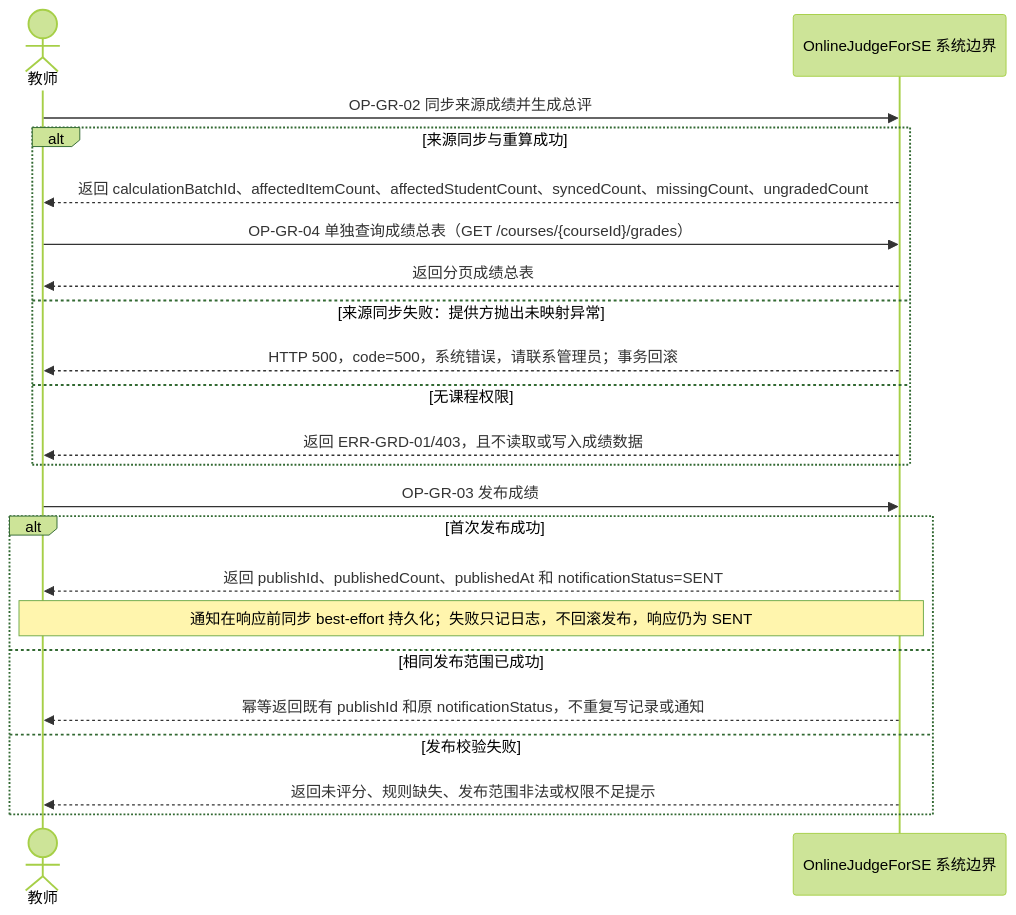
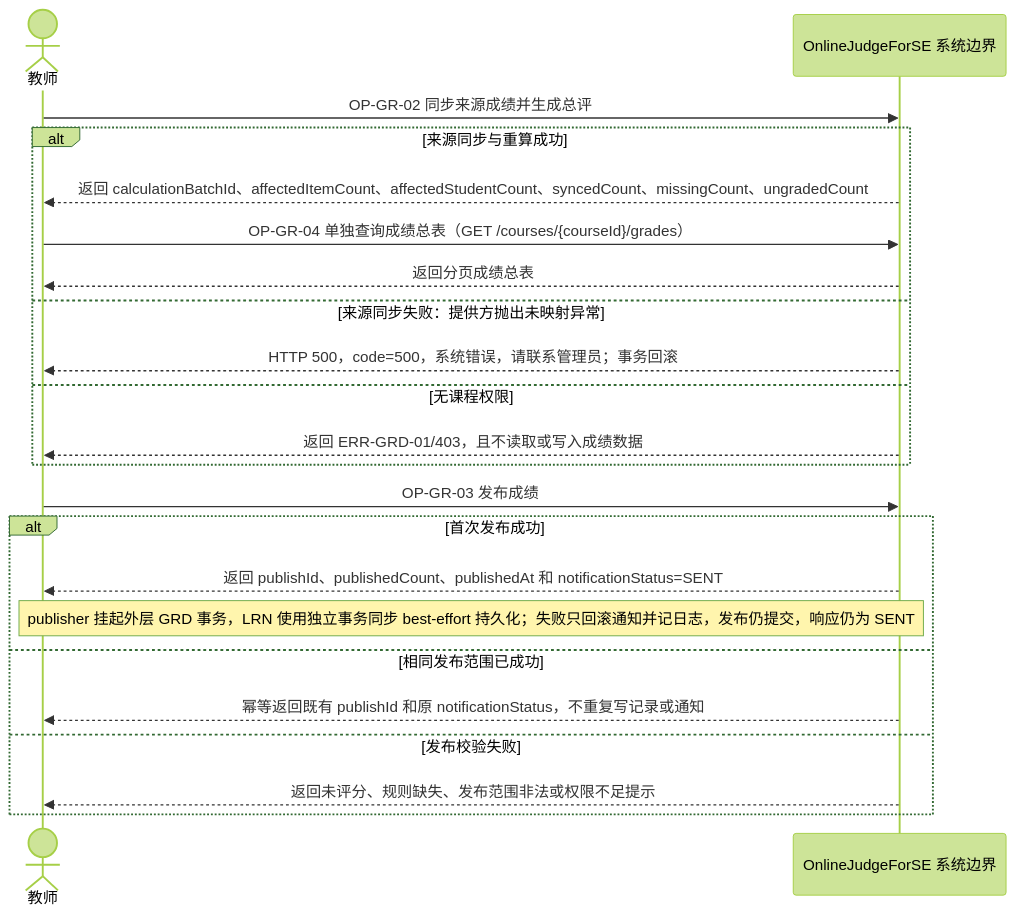
Before and after one commit to Cr4zyorange/OnlineJudge: the diagram in docs/diagrams/srs/fig_4_15_grade_flow_ssd.mmd, drawn with Mermaid (forest theme). The commit also changed 13 other files, not shown here.

```diff
--- a/docs/diagrams/srs/fig_4_15_grade_flow_ssd.mmd
+++ b/docs/diagrams/srs/fig_4_15_grade_flow_ssd.mmd
@@ -1,22 +1,22 @@
 sequenceDiagram
   actor Teacher as 教师
   participant System as OnlineJudgeForSE 系统边界
   Teacher->>System: OP-GR-02 同步来源成绩并生成总评
   alt 来源同步与重算成功
     System-->>Teacher: 返回 calculationBatchId、affectedItemCount、affectedStudentCount、syncedCount、missingCount、ungradedCount
     Teacher->>System: OP-GR-04 单独查询成绩总表（GET /courses/{courseId}/grades）
     System-->>Teacher: 返回分页成绩总表
   else 来源同步失败：提供方抛出未映射异常
     System-->>Teacher: HTTP 500，code=500，系统错误，请联系管理员；事务回滚
   else 无课程权限
     System-->>Teacher: 返回 ERR-GRD-01/403，且不读取或写入成绩数据
   end
   Teacher->>System: OP-GR-03 发布成绩
   alt 首次发布成功
     System-->>Teacher: 返回 publishId、publishedCount、publishedAt 和 notificationStatus=SENT
-    Note over Teacher,System: 通知在响应前同步 best-effort 持久化；失败只记日志，不回滚发布，响应仍为 SENT
+    Note over Teacher,System: publisher 挂起外层 GRD 事务，LRN 使用独立事务同步 best-effort 持久化；失败只回滚通知并记日志，发布仍提交，响应仍为 SENT
   else 相同发布范围已成功
     System-->>Teacher: 幂等返回既有 publishId 和原 notificationStatus，不重复写记录或通知
   else 发布校验失败
     System-->>Teacher: 返回未评分、规则缺失、发布范围非法或权限不足提示
   end
```
